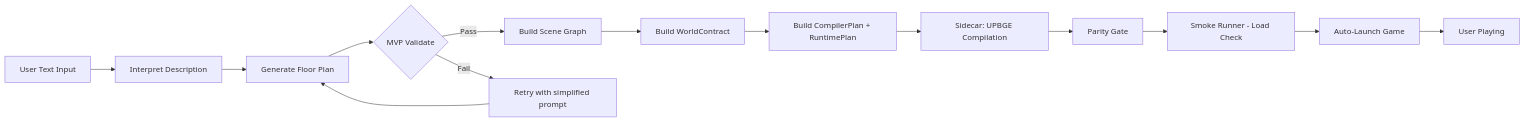
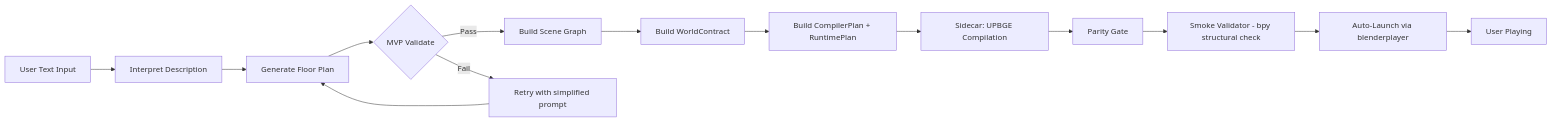
The first of 3 diagrams in .kiro/specs/text-to-playable-world-mvp/design.md (JM-Git-Prog/CEO_Attempt), drawn with Mermaid before and after one commit. The commit also changed other lines of this file and 2 other files, not shown here.

Commit message:
feat(spec): rewrite text-to-playable-world-mvp design — fix smoke/timing/labels/sidecar mismatches, add lane ladder routing with planner-probe-v1, session lifecycle (FIFO/TTL), 19 properties

````diff
--- a/.kiro/specs/text-to-playable-world-mvp/design.md
+++ b/.kiro/specs/text-to-playable-world-mvp/design.md
@@ -22,16 +41,16 @@
 ```mermaid
 graph LR
     A[User Text Input] --> B[Interpret Description]
     B --> C[Generate Floor Plan]
     C --> D{MVP Validate}
     D -->|Pass| E[Build Scene Graph]
     D -->|Fail| F[Retry with simplified prompt]
     F --> C
     E --> G[Build WorldContract]
     G --> H[Build CompilerPlan + RuntimePlan]
     H --> I[Sidecar: UPBGE Compilation]
     I --> J[Parity Gate]
-    J --> K[Smoke Runner - Load Check]
-    K --> L[Auto-Launch Game]
+    J --> K[Smoke Validator - bpy structural check]
+    K --> L[Auto-Launch via blenderplayer]
     L --> M[User Playing]
 ```
````
